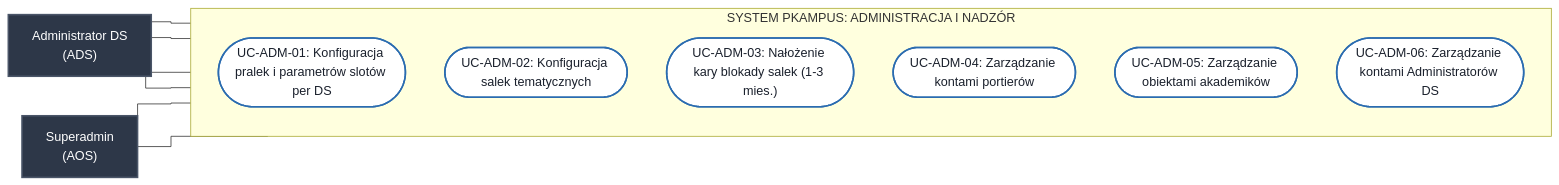
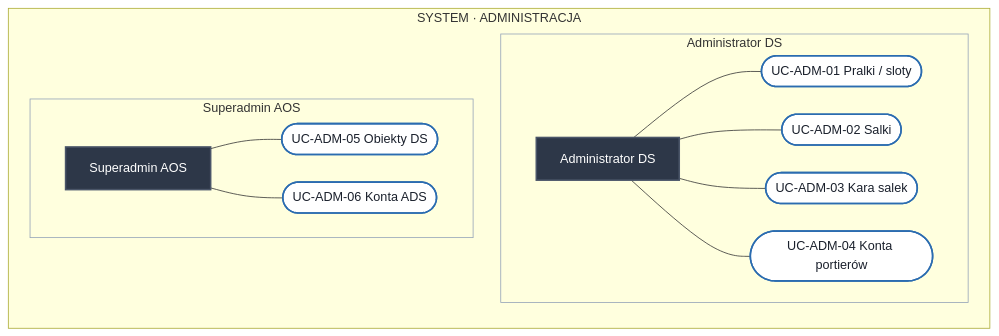
Before and after one commit to Buczy8/PKampus: the ninth of 9 diagrams in Docs/Diagramy_Przypadkow_Uzycia.md, drawn with Mermaid. The commit also changed other lines of this file and 7 other files, not shown here.

````diff
--- a/Docs/Diagramy_Przypadkow_Uzycia.md
+++ b/Docs/Diagramy_Przypadkow_Uzycia.md
@@ -349,28 +333,30 @@
 ```mermaid
-%%{init: {'flowchart': {'curve': 'stepBefore'}}}%%
-flowchart LR
-    classDef actorStyle fill:#2d3748,stroke:#4a5568,stroke-width:2px,color:#fff;
-    classDef ucStyle fill:#fff,stroke:#2b6cb0,stroke-width:2px,color:#1a202c;
+%%{init: {'flowchart': {'curve': 'basis', 'nodeSpacing': 35, 'rankSpacing': 40}}}%%
+flowchart TB
+    classDef actor fill:#2d3748,stroke:#4a5568,stroke-width:2px,color:#fff;
+    classDef uc fill:#fff,stroke:#2b6cb0,stroke-width:2px,color:#1a202c;
+    classDef inc fill:#edf2f7,stroke:#718096,stroke-width:1px,stroke-dasharray:3 3,color:#2d3748;
+    classDef sys fill:#1a365d,stroke:#2b6cb0,stroke-width:2px,color:#fff;
+    classDef abs fill:#4a5568,stroke:#718096,stroke-width:2px,color:#fff,stroke-dasharray:4 4;
+    classDef lane fill:transparent,stroke:#cbd5e1,stroke-width:1px,color:#64748b;
+    subgraph ADM["SYSTEM · ADMINISTRACJA"]
+        direction TB
 
-    AdminDS["Administrator DS<br/>(ADS)"]:::actorStyle
+        subgraph L1["Administrator DS"]
+            direction LR
+            A["Administrator DS"]:::actor --- U01(["UC-ADM-01 Pralki / sloty"]):::uc
+            A --- U02(["UC-ADM-02 Salki"]):::uc
+            A --- U03(["UC-ADM-03 Kara salek"]):::uc
+            A --- U04(["UC-ADM-04 Konta portierów"]):::uc
+        end
 
-    subgraph System_Admin ["SYSTEM PKAMPUS: ADMINISTRACJA I NADZÓR"]
-        direction TB
-        UC_ADM_01(["UC-ADM-01: Konfiguracja pralek i parametrów slotów per DS"]):::ucStyle
-        UC_ADM_02(["UC-ADM-02: Konfiguracja salek tematycznych"]):::ucStyle
-        UC_ADM_03(["UC-ADM-03: Nałożenie kary blokady salek (1-3 mies.)"]):::ucStyle
-        UC_ADM_04(["UC-ADM-04: Zarządzanie kontami portierów"]):::ucStyle
-        UC_ADM_05(["UC-ADM-05: Zarządzanie obiektami akademików"]):::ucStyle
-        UC_ADM_06(["UC-ADM-06: Zarządzanie kontami Administratorów DS"]):::ucStyle
+        subgraph L2["Superadmin AOS"]
+            direction LR
+            Su["Superadmin AOS"]:::actor --- U05(["UC-ADM-05 Obiekty DS"]):::uc
+            Su --- U06(["UC-ADM-06 Konta ADS"]):::uc
+        end
     end
 
-    SuperAdmin["Superadmin<br/>(AOS)"]:::actorStyle
-
-    AdminDS --- UC_ADM_01
-    AdminDS --- UC_ADM_02
-    AdminDS --- UC_ADM_03
-    AdminDS --- UC_ADM_04
-
-    SuperAdmin --- UC_ADM_05
-    SuperAdmin --- UC_ADM_06
+    style L1 fill:transparent,stroke:#94a3b8
+    style L2 fill:transparent,stroke:#94a3b8
 ```
````
